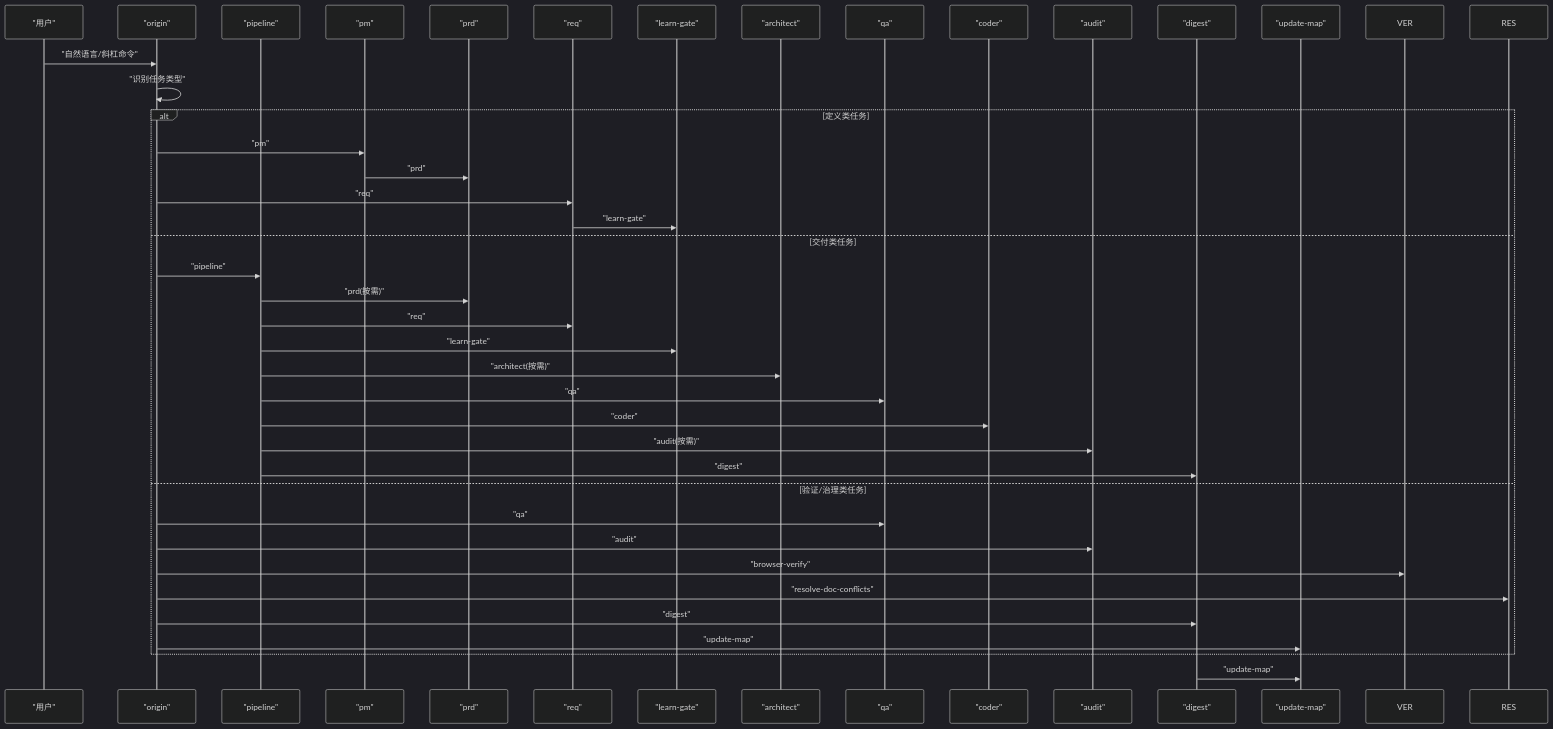
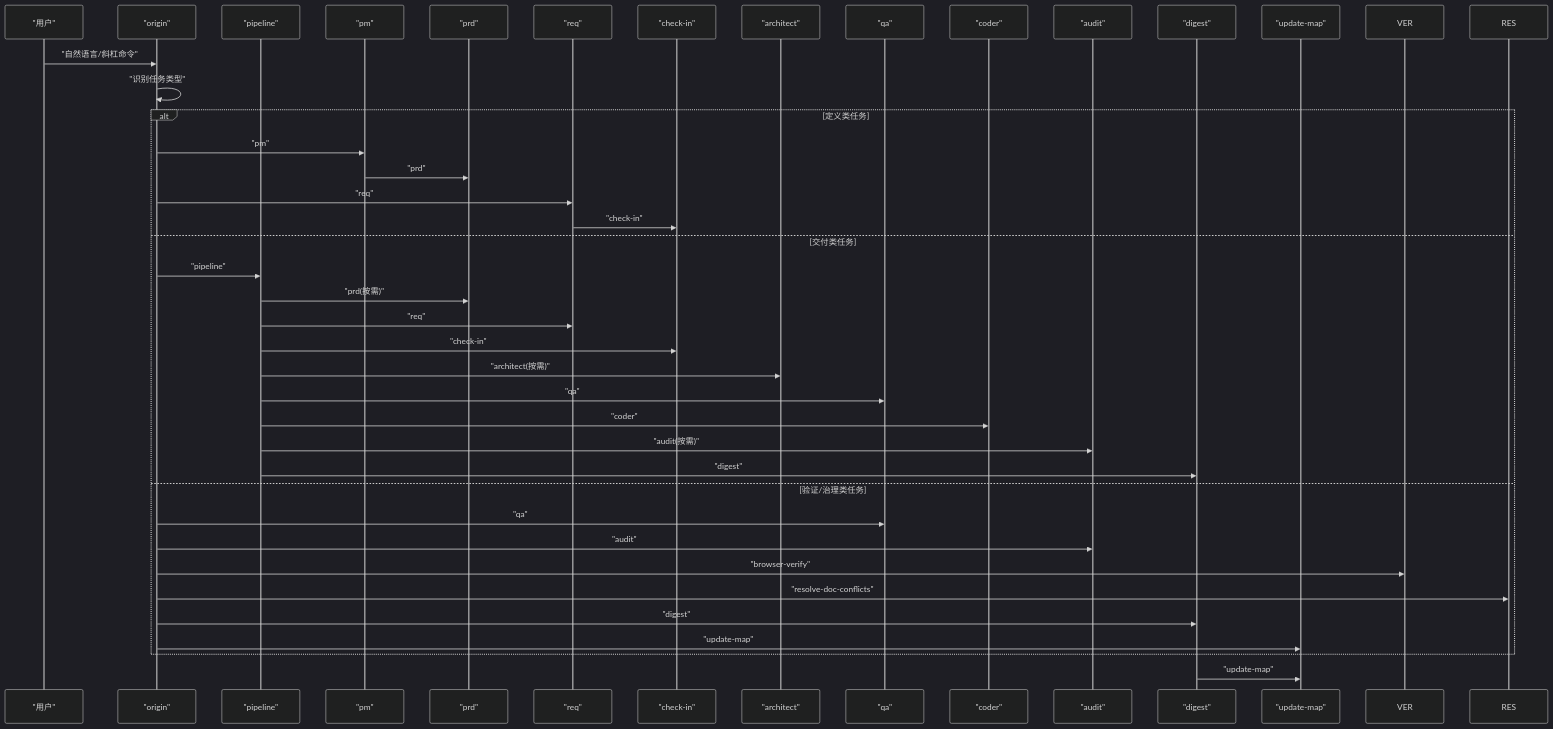
One commit to CryptoLinxu/Web3-AI-Agent changed the third of 6 diagrams in .qoder/repowiki/zh/content/项目概述/项目概述.md. Above: the diagram before and after it, drawn with Mermaid (dark theme). The commit also changed other lines of this file and 3 other files, not shown here.

First line of the commit message:
docs: 更新项目清单体系和技能地图

````diff
--- a/.qoder/repowiki/zh/content/项目概述/项目概述.md
+++ b/.qoder/repowiki/zh/content/项目概述/项目概述.md
@@ -180,42 +195,42 @@
 ```mermaid
 sequenceDiagram
 participant U as "用户"
 participant O as "origin"
 participant P as "pipeline"
 participant PM as "pm"
 participant PRD as "prd"
 participant R as "req"
-participant LG as "learn-gate"
+participant CI as "check-in"
 participant A as "architect"
 participant Q as "qa"
 participant C as "coder"
 participant AU as "audit"
 participant D as "digest"
 participant UM as "update-map"
 U->>O : "自然语言/斜杠命令"
 O->>O : "识别任务类型"
 alt 定义类任务
 O->>PM : "pm"
 PM->>PRD : "prd"
 O->>R : "req"
-R->>LG : "learn-gate"
+R->>CI : "check-in"
 else 交付类任务
 O->>P : "pipeline"
 P->>PRD : "prd(按需)"
 P->>R : "req"
-P->>LG : "learn-gate"
+P->>CI : "check-in"
 P->>A : "architect(按需)"
 P->>Q : "qa"
 P->>C : "coder"
 P->>AU : "audit(按需)"
 P->>D : "digest"
 else 验证/治理类任务
 O->>Q : "qa"
 O->>AU : "audit"
 O->>VER : "browser-verify"
 O->>RES : "resolve-doc-conflicts"
 O->>D : "digest"
 O->>UM : "update-map"
 end
 D->>UM : "update-map"
 ```
````
